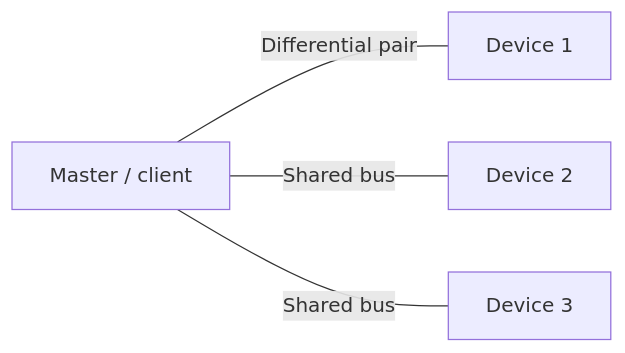
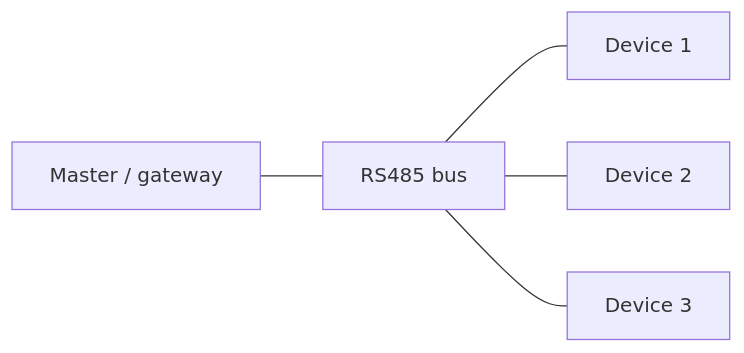
One commit to Himazad1917/rs485-modbus-rtu-lab changed the first of 2 diagrams in README.md. Above: the diagram before and after it, drawn with Mermaid. The commit also changed other lines of this file, not shown here.

Commit message:
Update RS485 Modbus README with gateway guide

````diff
--- a/README.md
+++ b/README.md
@@ -11,6 +12,7 @@
-```mermaid
+~~~mermaid
 flowchart LR
-  M[Master / client] ---|Differential pair| D1[Device 1]
-  M ---|Shared bus| D2[Device 2]
-  M ---|Shared bus| D3[Device 3]
-```
+  M[Master / gateway] --- B[RS485 bus]
+  B --- D1[Device 1]
+  B --- D2[Device 2]
+  B --- D3[Device 3]
+~~~
````
